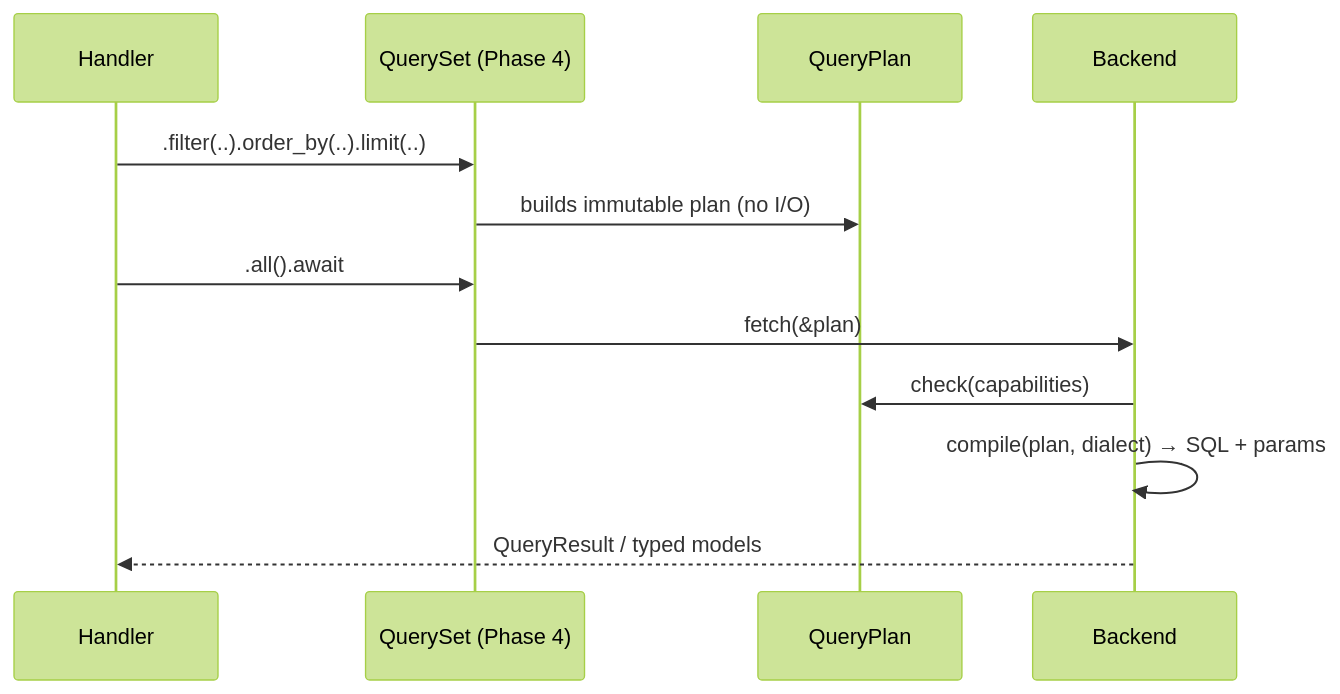
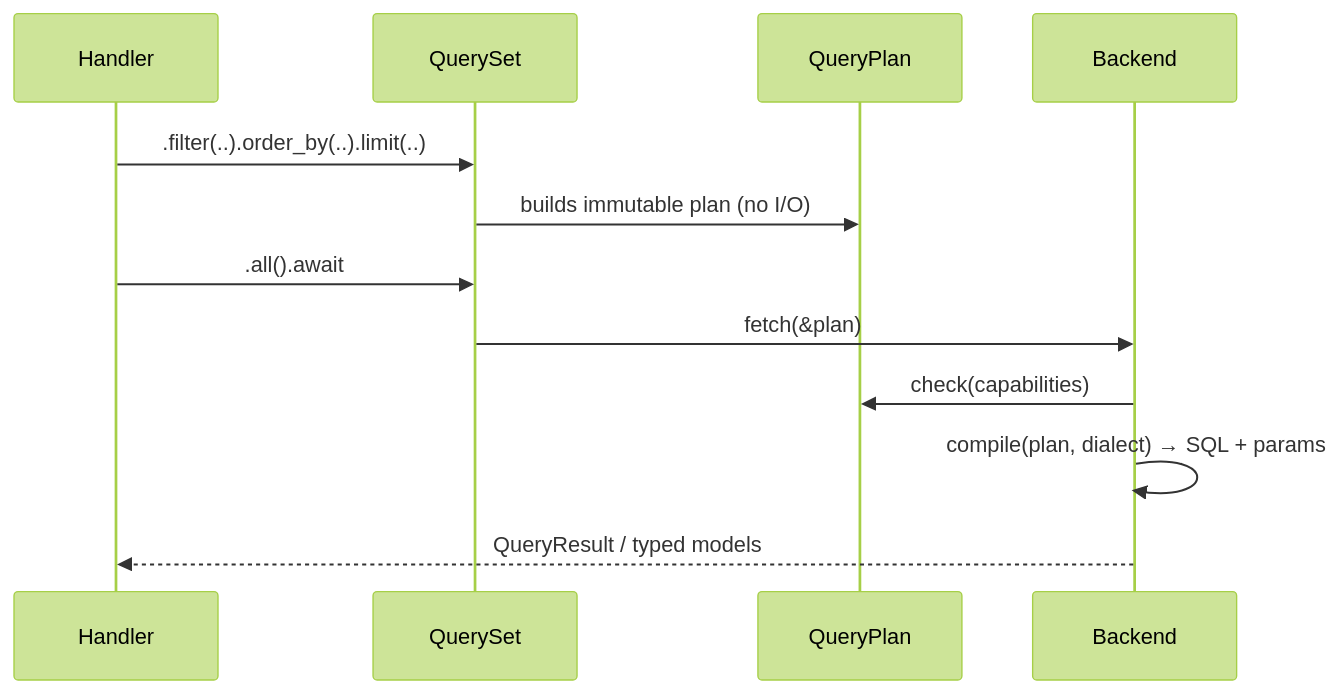
The second of 2 diagrams in docs/ARCHITECTURE.md (jraavis/axumapi), drawn with Mermaid (forest theme) before and after one commit. The commit also changed other lines of this file and 17 other files, not shown here.

````diff
--- a/docs/ARCHITECTURE.md
+++ b/docs/ARCHITECTURE.md
@@ -107,14 +107,14 @@
 ```mermaid
 sequenceDiagram
     participant H as Handler
-    participant QS as QuerySet (Phase 4)
+    participant QS as QuerySet
     participant P as QueryPlan
     participant B as Backend
     H->>QS: .filter(..).order_by(..).limit(..)
     QS->>P: builds immutable plan (no I/O)
     H->>QS: .all().await
     QS->>B: fetch(&plan)
     B->>P: check(capabilities)
     B->>B: compile(plan, dialect) → SQL + params
     B-->>H: QueryResult / typed models
 ```
````
